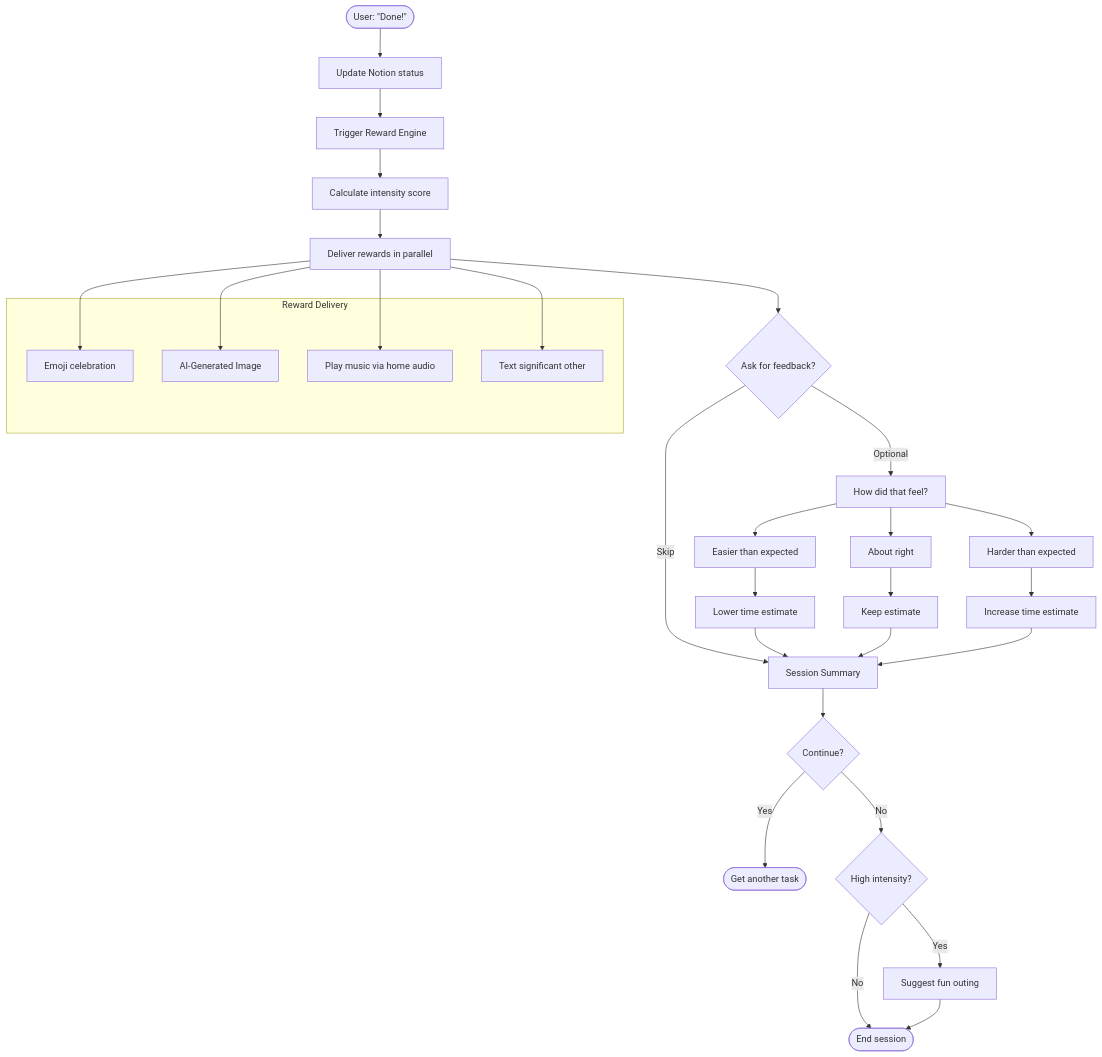
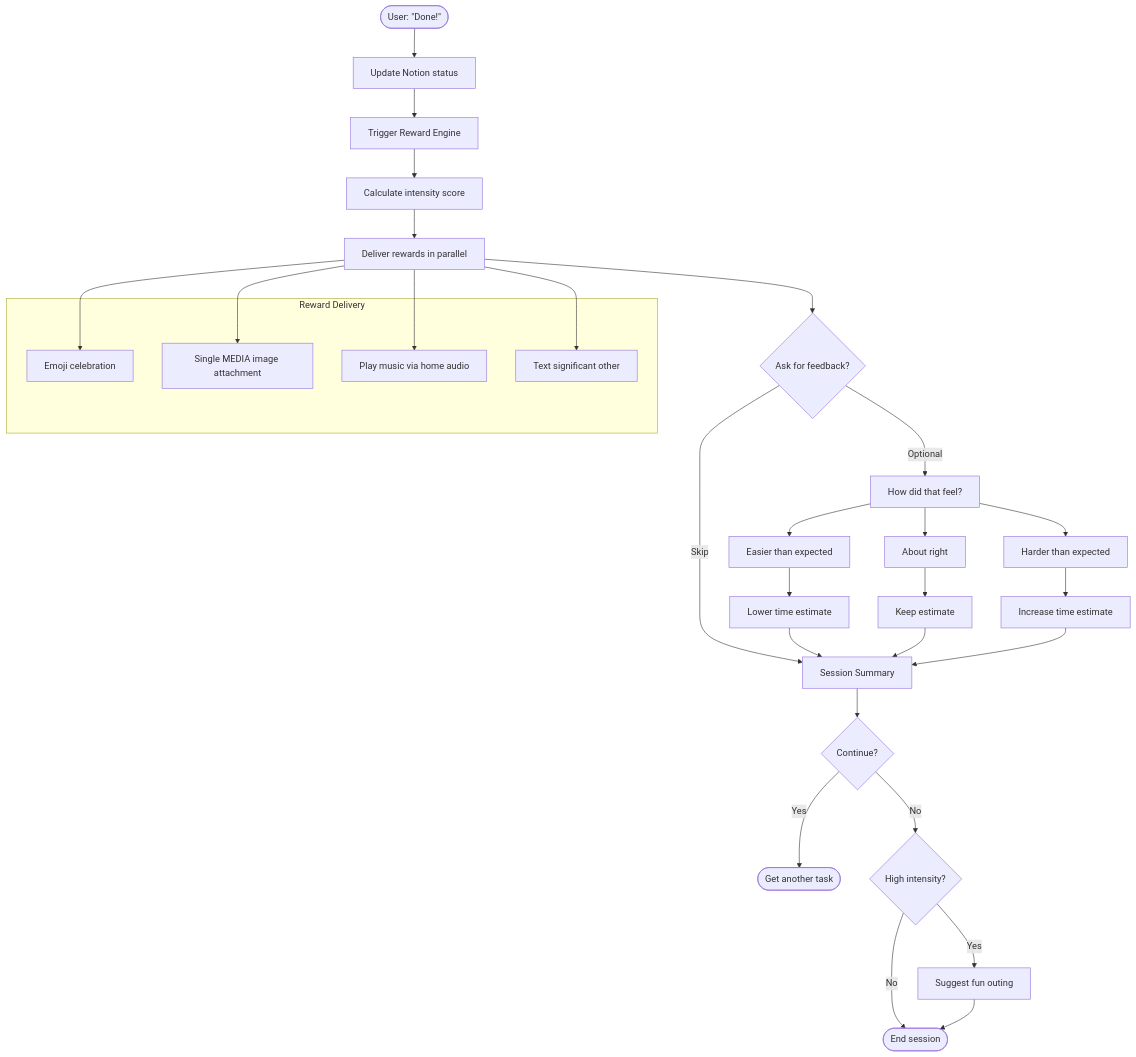
Diagram 27 of 29 in docs/task-lifecycle.md (NickBorgersProbably/hide-my-list), drawn with Mermaid before and after one commit. The commit also changed 2 other files, not shown here.

Commit message:
Clarify reward delivery contract

````diff
--- a/docs/task-lifecycle.md
+++ b/docs/task-lifecycle.md
@@ -860,44 +860,44 @@
 ```mermaid
 flowchart TD
     Done(["User: #quot;Done!#quot;"]) --> Update[Update Notion status]
     Update --> Reward[Trigger Reward Engine]
 
     Reward --> Calculate[Calculate intensity score]
     Calculate --> Deliver[Deliver rewards in parallel]
 
     subgraph RewardDelivery["Reward Delivery"]
         Emoji[Emoji celebration]
-        AIImage[AI-Generated Image]
+        AIImage[Single MEDIA image attachment]
         Music[Play music via home audio]
         TextSO[Text significant other]
     end
 
     Deliver --> Emoji
     Deliver --> AIImage
     Deliver --> Music
     Deliver --> TextSO
 
     Deliver --> Feedback{Ask for feedback?}
 
     Feedback -->|Optional| HowFelt["How did that feel?"]
     Feedback -->|Skip| Summary
 
     HowFelt --> Easier["Easier than expected"]
     HowFelt --> Right["About right"]
     HowFelt --> Harder["Harder than expected"]
 
     Easier --> AdjustDown[Lower time estimate]
     Right --> NoChange[Keep estimate]
     Harder --> AdjustUp[Increase time estimate]
 
     AdjustDown --> Summary[Session Summary]
     NoChange --> Summary
     AdjustUp --> Summary
 
     Summary --> Prompt{Continue?}
     Prompt -->|Yes| NextTask([Get another task])
     Prompt -->|No| Outing{High intensity?}
     Outing -->|Yes| SuggestOuting[Suggest fun outing]
     Outing -->|No| End([End session])
     SuggestOuting --> End
 ```
````
